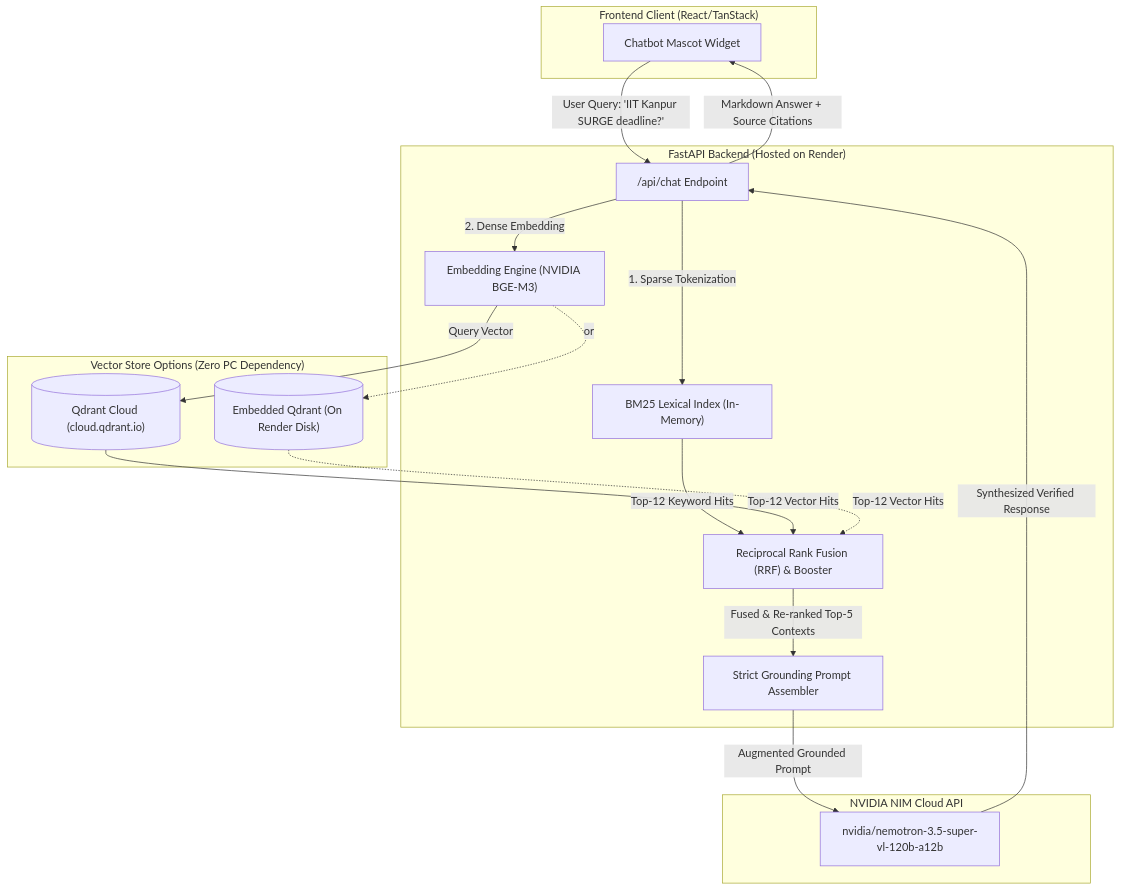
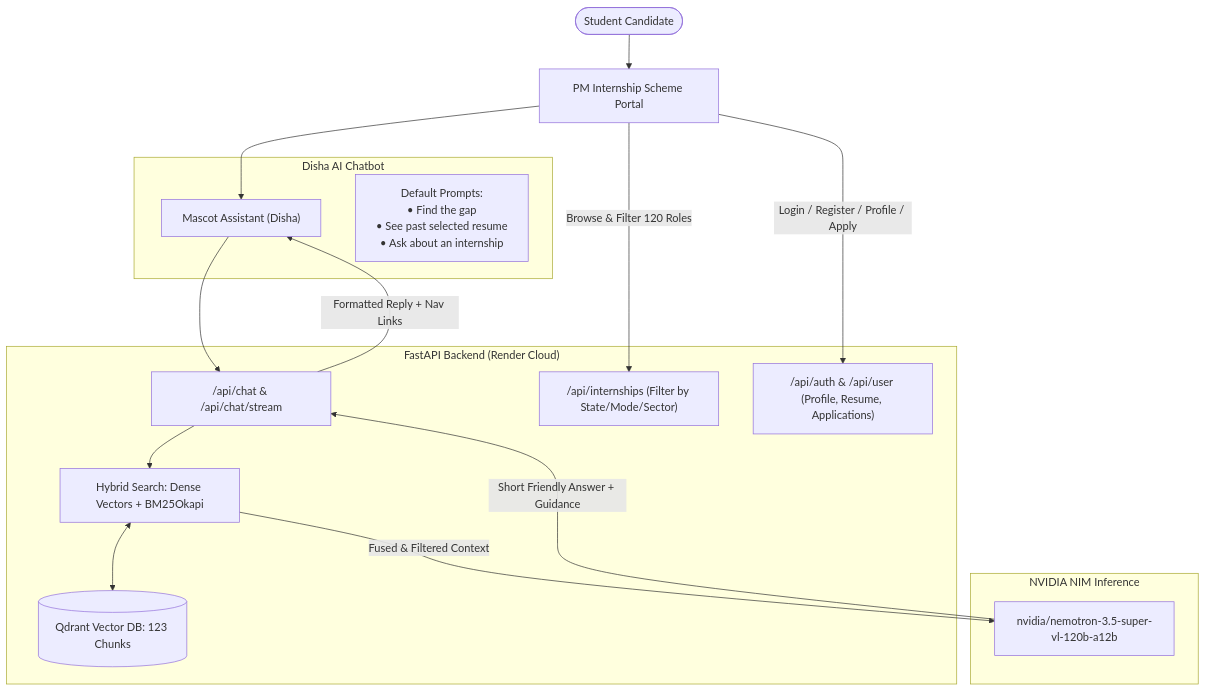
The diagram in RAG_SYSTEM_GUIDE.md (shivambhardwaj06/pmintership2.0), drawn with Mermaid before and after one commit. The commit also changed other lines of this file and 16 other files, not shown here.

````diff
--- a/RAG_SYSTEM_GUIDE.md
+++ b/RAG_SYSTEM_GUIDE.md
@@ -27,36 +53,35 @@
 ```mermaid
 flowchart TD
-    subgraph Client["Frontend Client (React/TanStack)"]
-        UI["Chatbot Mascot Widget"]
+    User(["Student Candidate"]) --> UI["PM Internship Scheme Portal"]
+
+    subgraph Chatbot["Disha AI Chatbot"]
+        DishaUI["Mascot Assistant (Disha)"]
+        Prompts["Default Prompts:
+        • Find the gap
+        • See past selected resume
+        • Ask about an internship"]
     end
 
-    subgraph Backend["FastAPI Backend (Hosted on Render)"]
-        API["/api/chat Endpoint"]
-        BM25["BM25 Lexical Index (In-Memory)"]
-        Embedder["Embedding Engine (NVIDIA BGE-M3)"]
-        RRF["Reciprocal Rank Fusion (RRF) & Booster"]
-        PromptBuilder["Strict Grounding Prompt Assembler"]
+    subgraph Backend["FastAPI Backend (Render Cloud)"]
+        ChatRouter["/api/chat & /api/chat/stream"]
+        InternshipRouter["/api/internships (Filter by State/Mode/Sector)"]
+        AuthRouter["/api/auth & /api/user (Profile, Resume, Applications)"]
+        HybridEngine["Hybrid Search: Dense Vectors + BM25Okapi"]
+        QdrantStore[("Qdrant Vector DB: 123 Chunks")]
     end
 
-    subgraph VectorDB["Vector Store Options (Zero PC Dependency)"]
-        QCloud[("Qdrant Cloud (cloud.qdrant.io)")]
-        QEmbed[("Embedded Qdrant (On Render Disk)")]
+    subgraph LLM["NVIDIA NIM Inference"]
+        Nemotron["nvidia/nemotron-3.5-super-vl-120b-a12b"]
     end
 
-    subgraph LLM["NVIDIA NIM Cloud API"]
-        Nemo["nvidia/nemotron-3.5-super-vl-120b-a12b"]
-    end
+    UI --> DishaUI
+    DishaUI --> ChatRouter
+    ChatRouter --> HybridEngine
+    HybridEngine <--> QdrantStore
+    HybridEngine -->|"Fused & Filtered Context"| Nemotron
+    Nemotron -->|"Short Friendly Answer + Guidance"| ChatRouter
+    ChatRouter -->|"Formatted Reply + Nav Links"| DishaUI
 
-    UI -->|"User Query: 'IIT Kanpur SURGE deadline?'"| API
-    API -->|"1. Sparse Tokenization"| BM25
-    API -->|"2. Dense Embedding"| Embedder
-    Embedder -->|"Query Vector"| QCloud
-    Embedder -.->|"or"| QEmbed
-    BM25 -->|"Top-12 Keyword Hits"| RRF
-    QCloud -->|"Top-12 Vector Hits"| RRF
-    QEmbed -.->|"Top-12 Vector Hits"| RRF
-    RRF -->|"Fused & Re-ranked Top-5 Contexts"| PromptBuilder
-    PromptBuilder -->|"Augmented Grounded Prompt"| Nemo
-    Nemo -->|"Synthesized Verified Response"| API
-    API -->|"Markdown Answer + Source Citations"| UI
+    UI -->|"Browse & Filter 120 Roles"| InternshipRouter
+    UI -->|"Login / Register / Profile / Apply"| AuthRouter
 ```
````
